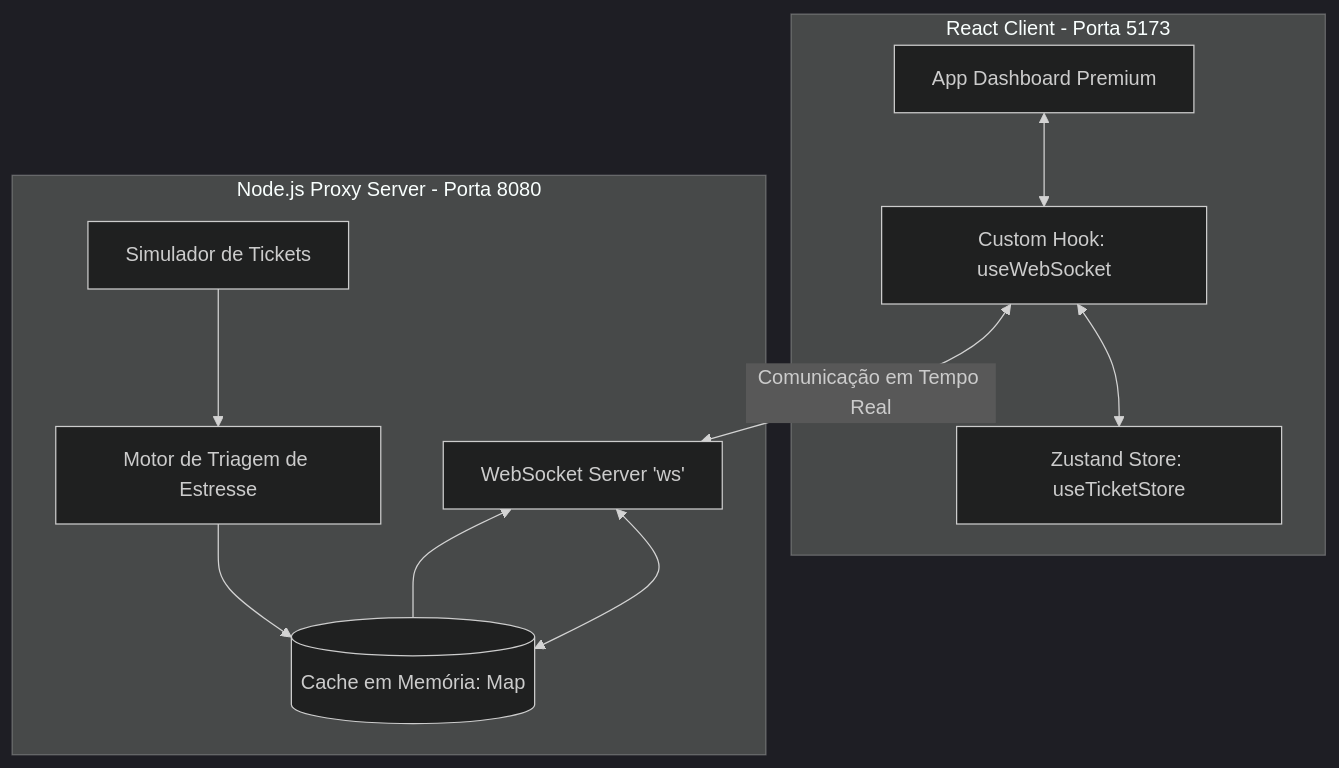
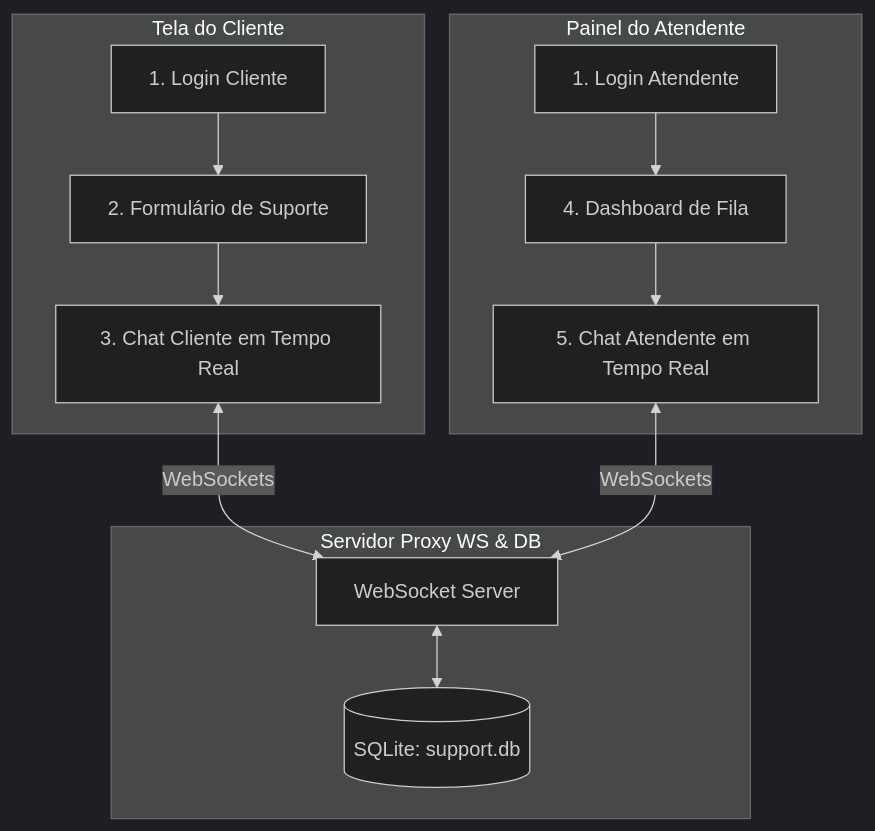
One commit to CaputiDev/TriageHub changed the diagram in README.md. Above: the diagram before and after it, drawn with Mermaid (dark theme). The commit also changed other lines of this file and 8 other files, not shown here.

````diff
--- a/README.md
+++ b/README.md
@@ -32,16 +27,19 @@
 ```mermaid
 graph TD
-    subgraph Frontend [React Client - Porta 5173]
-        UI[App Dashboard Premium] <--> Hook[Custom Hook: useWebSocket]
-        Hook <--> Store[Zustand Store: useTicketStore]
+    subgraph Cliente [Tela do Cliente]
+        LoginClient[1. Login Cliente] --> Form[2. Formulário de Suporte]
+        Form --> ChatClient[3. Chat Cliente em Tempo Real]
     end
 
-    subgraph Backend [Node.js Proxy Server - Porta 8080]
-        WS[WebSocket Server 'ws'] <--> Cache[(Cache em Memória: Map)]
-        Sim[Simulador de Tickets] --> Triage[Motor de Triagem de Estresse]
-        Triage --> Cache
-        Cache --> WS
+    subgraph Atendente [Painel do Atendente]
+        LoginAgent[1. Login Atendente] --> Dash[4. Dashboard de Fila]
+        Dash --> ChatAgent[5. Chat Atendente em Tempo Real]
     end
 
-    Hook <-->|Comunicação em Tempo Real| WS
+    subgraph Backend [Servidor Proxy WS & DB]
+        WS[WebSocket Server] <--> DB[(SQLite: support.db)]
+    end
+
+    ChatClient <-->|WebSockets| WS
+    ChatAgent <-->|WebSockets| WS
 ```
````
